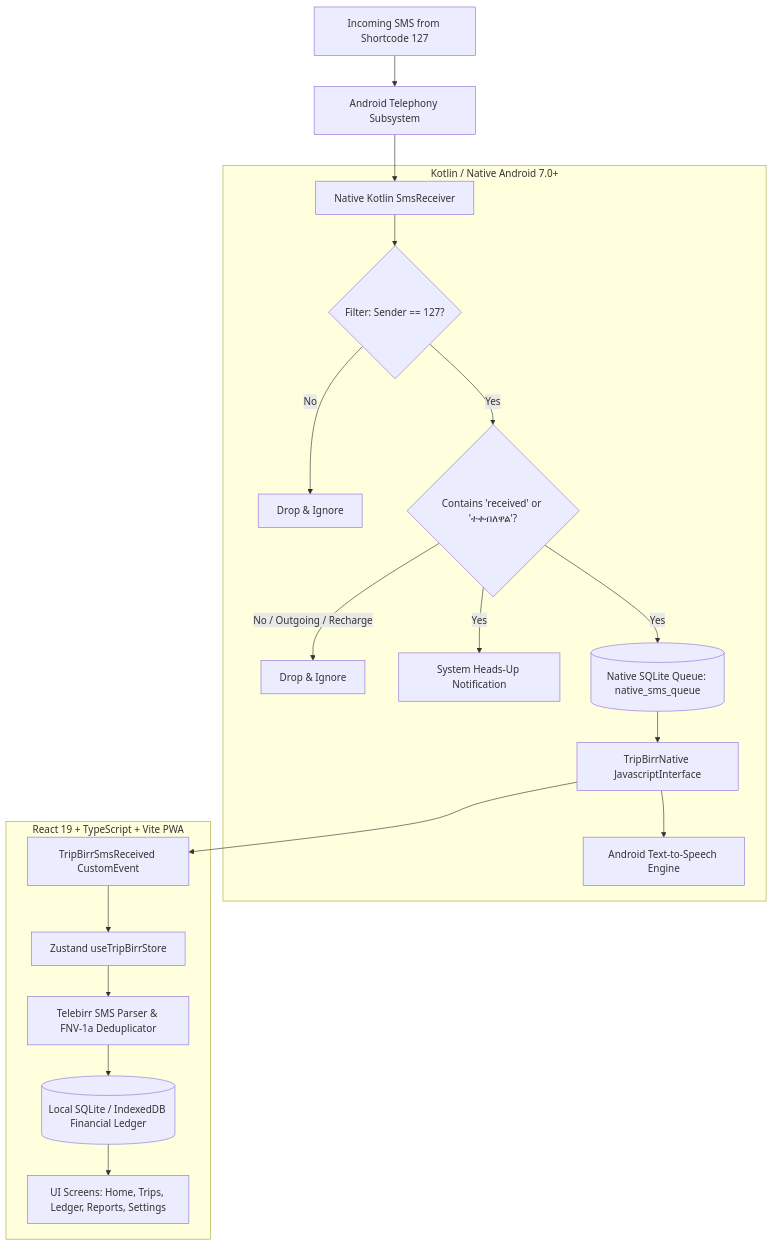
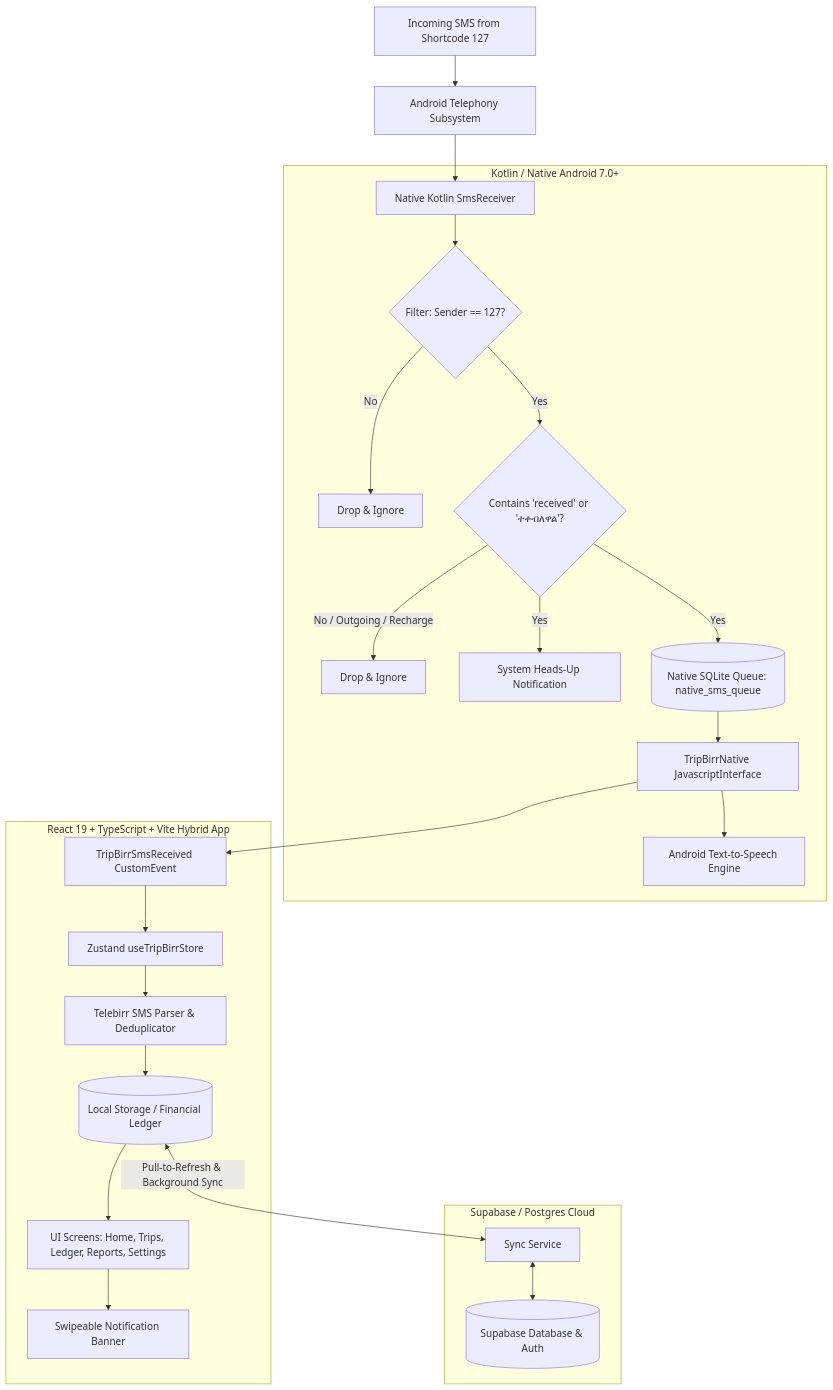
The diagram in README.md (localmaximumx/tripbirr), drawn with Mermaid before and after one commit. The commit also changed other lines of this file, not shown here.

Commit message:
docs: update README with offline-first supabase cloud sync, gesture engine, skills, and testbench

````diff
--- a/README.md
+++ b/README.md
@@ -65,24 +81,30 @@
 ```mermaid
 flowchart TD
     SMS[Incoming SMS from Shortcode 127] --> BIND[Android Telephony Subsystem]
     BIND --> REC[Native Kotlin SmsReceiver]
 
     subgraph Native Android Layer [Kotlin / Native Android 7.0+]
         REC --> FILTER{Filter: Sender == 127?}
         FILTER -- No --> DROP1[Drop & Ignore]
         FILTER -- Yes --> RCV_CHECK{Contains 'received' or 'ተቀብለዋል'?}
         RCV_CHECK -- No / Outgoing / Recharge --> DROP2[Drop & Ignore]
         RCV_CHECK -- Yes --> NOTIF[System Heads-Up Notification]
         RCV_CHECK -- Yes --> SQL_Q[(Native SQLite Queue: native_sms_queue)]
         SQL_Q --> BRIDGE[TripBirrNative JavascriptInterface]
         BRIDGE --> TTS[Android Text-to-Speech Engine]
     end
 
-    subgraph Web App Runtime [React 19 + TypeScript + Vite PWA]
+    subgraph Web App Runtime [React 19 + TypeScript + Vite Hybrid App]
         BRIDGE --> EVENT[TripBirrSmsReceived CustomEvent]
         EVENT --> STORE[Zustand useTripBirrStore]
-        STORE --> PARSER[Telebirr SMS Parser & FNV-1a Deduplicator]
-        PARSER --> LEDGER[(Local SQLite / IndexedDB Financial Ledger)]
-        LEDGER --> UI[UI Screens: Home, Trips, Ledger, Reports, Settings]
+        STORE --> PARSER[Telebirr SMS Parser & Deduplicator]
+        PARSER --> LOCAL_DB[(Local Storage / Financial Ledger)]
+        LOCAL_DB --> UI[UI Screens: Home, Trips, Ledger, Reports, Settings]
+        UI --> NOTIF_CARD[Swipeable Notification Banner]
+    end
+
+    subgraph Cloud Layer [Supabase / Postgres Cloud]
+        LOCAL_DB <-->|Pull-to-Refresh & Background Sync| SYNC_SVC[Sync Service]
+        SYNC_SVC <--> CLOUD_DB[(Supabase Database & Auth)]
     end
 ```
````
